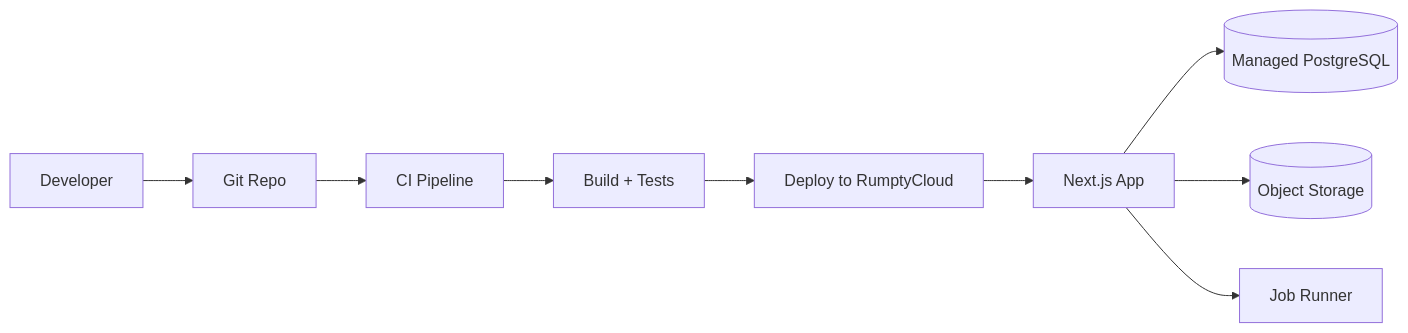
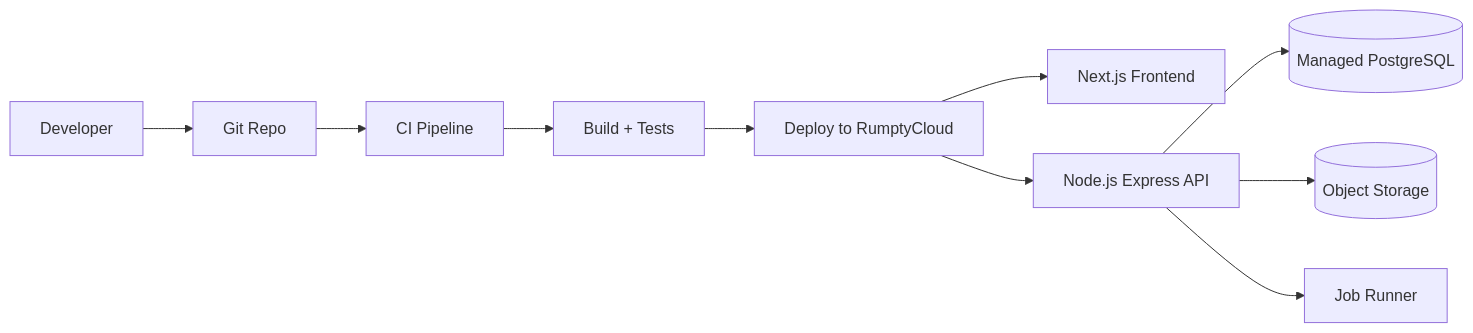
The third of 7 diagrams in docs/SYSTEM_DESIGN.md (Root-node1/okoa-sem), drawn with Mermaid before and after one commit. The commit also changed other lines of this file and 8 other files, not shown here.

Commit message:
docs: adopt Node.js Express backend architecture

````diff
--- a/docs/SYSTEM_DESIGN.md
+++ b/docs/SYSTEM_DESIGN.md
@@ -170,11 +209,12 @@
 ```mermaid
 flowchart LR
   Dev[Developer] --> Git[Git Repo]
   Git --> CI[CI Pipeline]
   CI --> Build[Build + Tests]
   Build --> Deploy[Deploy to RumptyCloud]
-  Deploy --> App[Next.js App]
-  App --> DB[(Managed PostgreSQL)]
-  App --> Storage[(Object Storage)]
-  App --> Queue[Job Runner]
+  Deploy --> FE[Next.js Frontend]
+  Deploy --> API[Node.js Express API]
+  API --> DB[(Managed PostgreSQL)]
+  API --> Storage[(Object Storage)]
+  API --> Queue[Job Runner]
 ```
````
